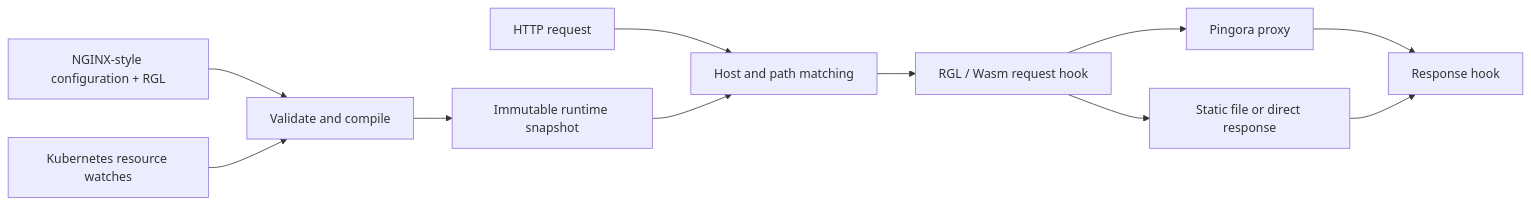
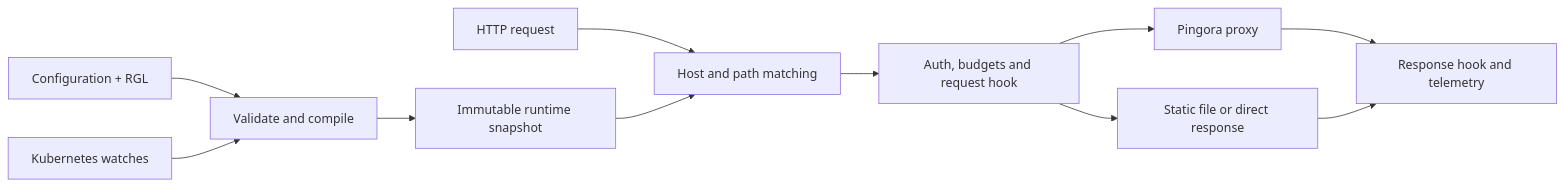
The diagram in README.md (SamuelSupe/rgnix), drawn with Mermaid before and after one commit. The commit also changed other lines of this file and 306 other files, not shown here.

````diff
--- a/README.md
+++ b/README.md
@@ -125,13 +199,13 @@
 ```mermaid
 flowchart LR
-    Files[NGINX-style configuration + RGL] --> Build[Validate and compile]
-    K8s[Kubernetes resource watches] --> Build
+    Files[Configuration + RGL] --> Build[Validate and compile]
+    K8s[Kubernetes watches] --> Build
     Build --> Snapshot[Immutable runtime snapshot]
     Request[HTTP request] --> Router[Host and path matching]
     Snapshot --> Router
-    Router --> Plugin[RGL / Wasm request hook]
-    Plugin --> Proxy[Pingora proxy]
-    Plugin --> Local[Static file or direct response]
-    Proxy --> Response[Response hook]
+    Router --> Policy[Auth, budgets and request hook]
+    Policy --> Proxy[Pingora proxy]
+    Policy --> Local[Static file or direct response]
+    Proxy --> Response[Response hook and telemetry]
     Local --> Response
 ```
````
